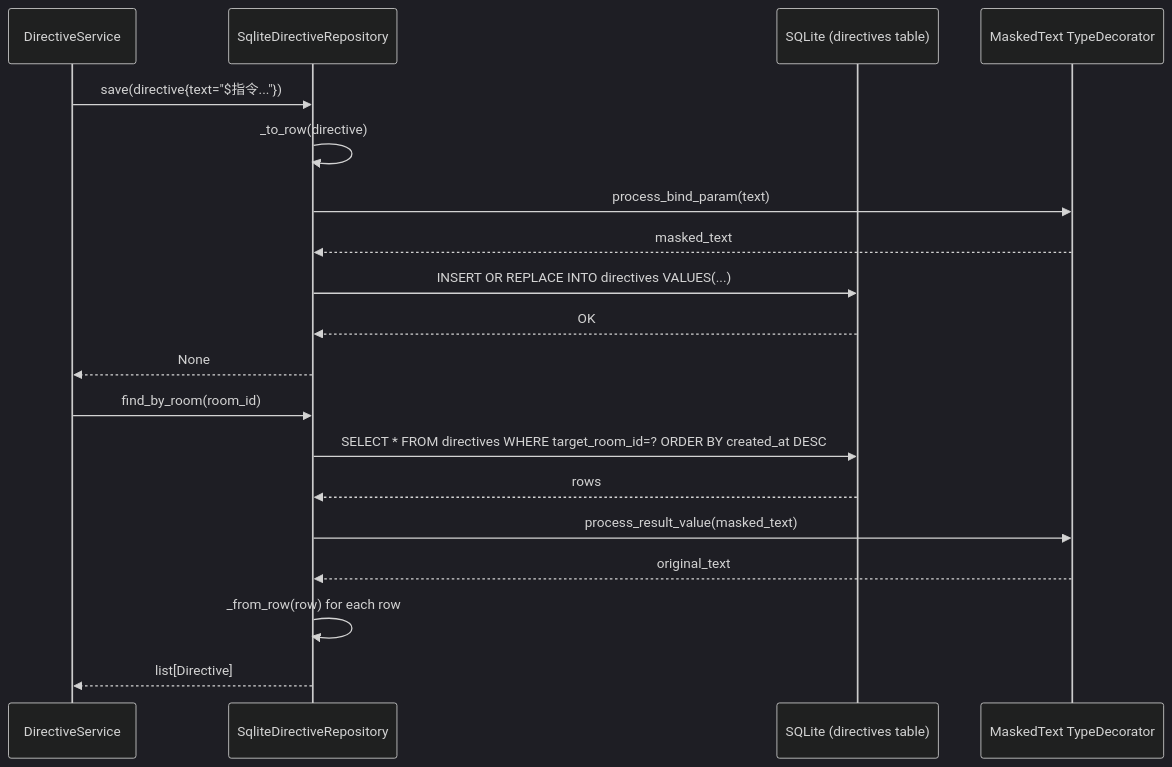
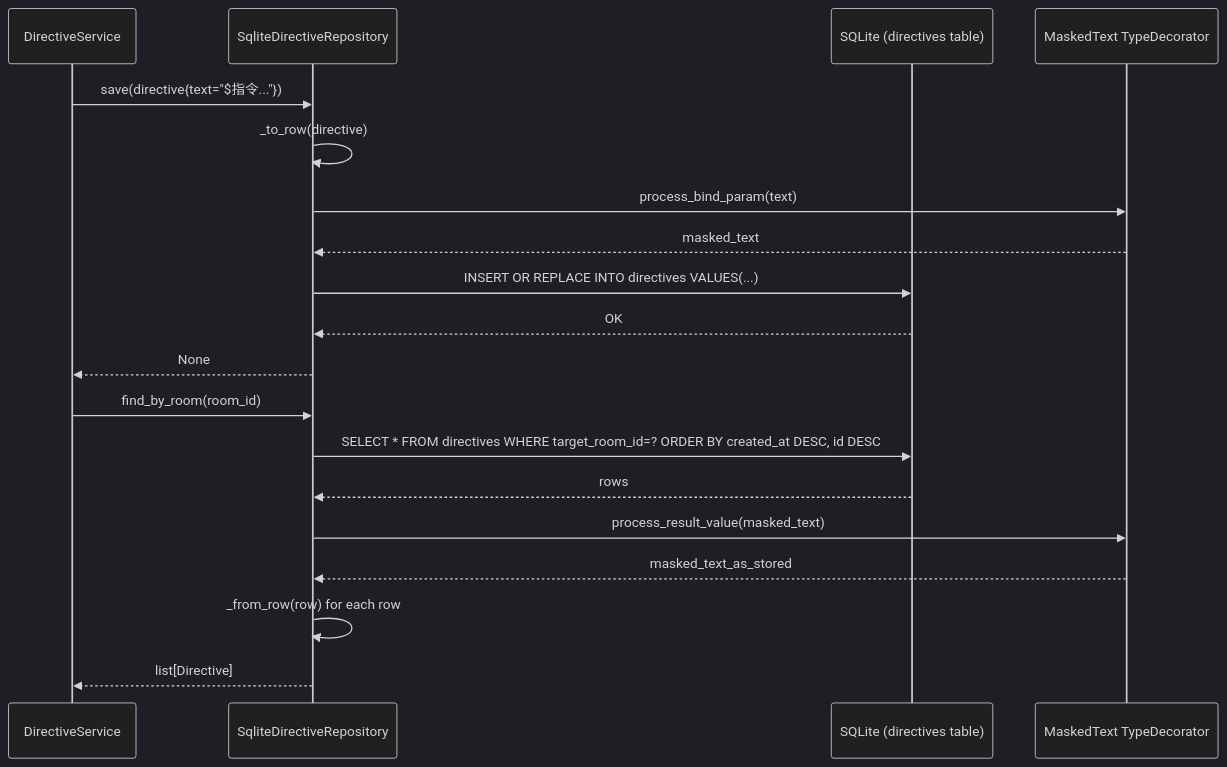
The second of 3 diagrams in docs/features/directive-repository/basic-design.md (bakufu-dev/bakufu), drawn with Mermaid (dark theme) before and after one commit. The commit also changed other lines of this file and 3 other files, not shown here.

````diff
--- a/docs/features/directive-repository/basic-design.md
+++ b/docs/features/directive-repository/basic-design.md
@@ -161,23 +152,23 @@
 ```mermaid
 sequenceDiagram
     participant App as DirectiveService
     participant Repo as SqliteDirectiveRepository
     participant DB as SQLite (directives table)
     participant Masking as MaskedText TypeDecorator
 
     App->>Repo: save(directive{text="$指令..."})
     Repo->>Repo: _to_row(directive)
     Repo->>Masking: process_bind_param(text)
     Masking-->>Repo: masked_text
     Repo->>DB: INSERT OR REPLACE INTO directives VALUES(...)
     DB-->>Repo: OK
     Repo-->>App: None
 
     App->>Repo: find_by_room(room_id)
-    Repo->>DB: SELECT * FROM directives WHERE target_room_id=? ORDER BY created_at DESC
+    Repo->>DB: SELECT * FROM directives WHERE target_room_id=? ORDER BY created_at DESC, id DESC
     DB-->>Repo: rows
     Repo->>Masking: process_result_value(masked_text)
-    Masking-->>Repo: original_text
+    Masking-->>Repo: masked_text_as_stored
     Repo->>Repo: _from_row(row) for each row
     Repo-->>App: list[Directive]
 ```
````
